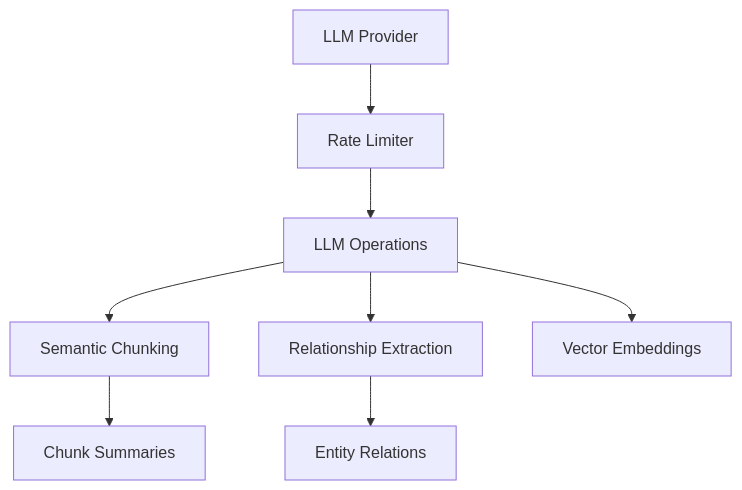
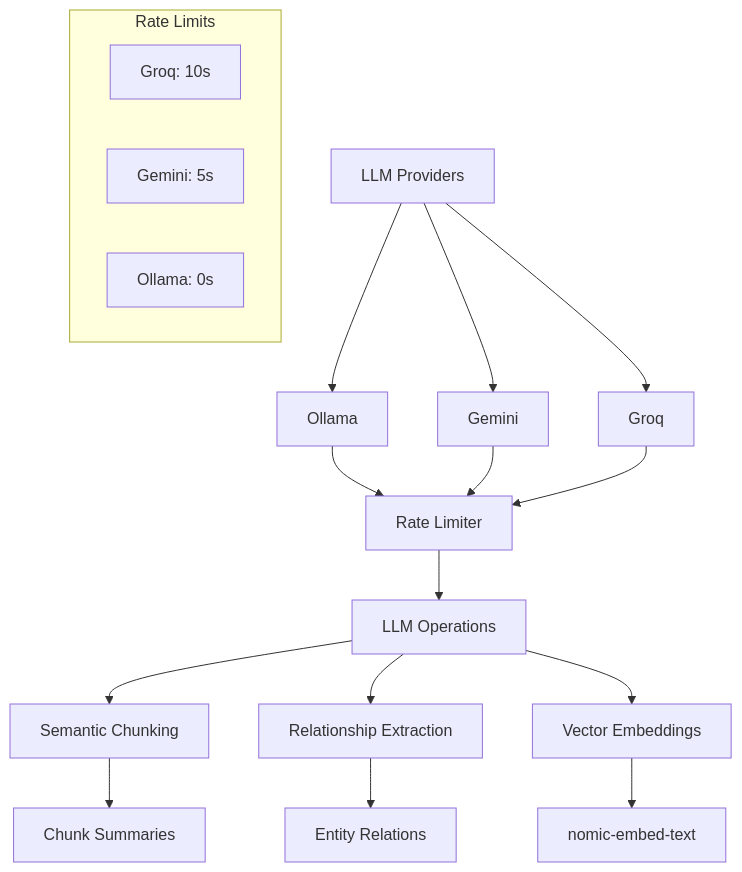
One commit to timbuchinger/llm-notion-loader changed the third of 4 diagrams in memory-bank/systemPatterns.md. Above: the diagram before and after it, drawn with Mermaid. The commit also changed 8 other files, not shown here.

````diff
--- a/memory-bank/systemPatterns.md
+++ b/memory-bank/systemPatterns.md
@@ -54,12 +54,26 @@
 ```mermaid
 graph TD
-    Provider[LLM Provider] --> RateLimiter[Rate Limiter]
-    RateLimiter --> Operations[LLM Operations]
+    Providers[LLM Providers] --> OL[Ollama]
+    Providers --> GM[Gemini]
+    Providers --> GQ[Groq]
+    
+    OL --> RL[Rate Limiter]
+    GM --> RL
+    GQ --> RL
+    
+    RL --> Operations[LLM Operations]
     
     Operations --> Chunking[Semantic Chunking]
     Operations --> Relationships[Relationship Extraction]
     Operations --> Embeddings[Vector Embeddings]
     
     Chunking --> Summary[Chunk Summaries]
     Relationships --> Entities[Entity Relations]
+    Embeddings --> VE[nomic-embed-text]
+
+    subgraph Rate Limits
+        GQ_RL[Groq: 10s]
+        GM_RL[Gemini: 5s]
+        OL_RL[Ollama: 0s]
+    end
 ```
````
